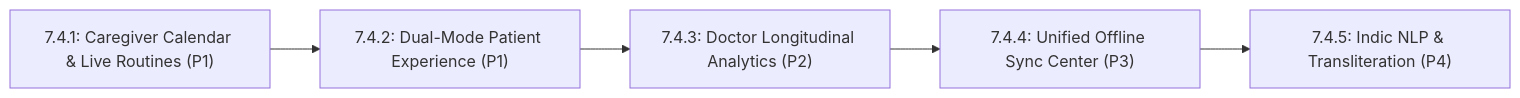
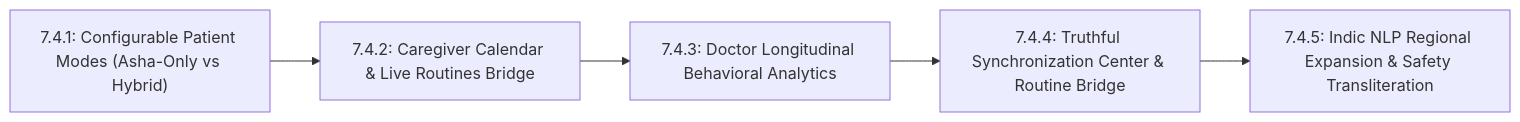
One commit to TrishnaBapna/Saksham changed the diagram in docs/product-vision/MILESTONE_7_4_ROADMAP_AND_IMPLEMENTATION_PLAN.md. Above: the diagram before and after it, drawn with Mermaid. The commit also changed other lines of this file, not shown here.

Commit message:
docs(roadmap): revise milestone 7.4 roadmap with reconciled milestone 6 matrix, two-mode architecture and caregiver dependency validation

````diff
--- a/docs/product-vision/MILESTONE_7_4_ROADMAP_AND_IMPLEMENTATION_PLAN.md
+++ b/docs/product-vision/MILESTONE_7_4_ROADMAP_AND_IMPLEMENTATION_PLAN.md
@@ -345,7 +192,7 @@
 ```mermaid
 graph LR
-    M741["7.4.1: Caregiver Calendar & Live Routines (P1)"] --> M742["7.4.2: Dual-Mode Patient Experience (P1)"]
-    M742 --> M743["7.4.3: Doctor Longitudinal Analytics (P2)"]
-    M743 --> M744["7.4.4: Unified Offline Sync Center (P3)"]
-    M744 --> M745["7.4.5: Indic NLP & Transliteration (P4)"]
+    M741["7.4.1: Configurable Patient Modes (Asha-Only vs Hybrid)"] --> M742["7.4.2: Caregiver Calendar & Live Routines Bridge"]
+    M742 --> M743["7.4.3: Doctor Longitudinal Behavioral Analytics"]
+    M743 --> M744["7.4.4: Truthful Synchronization Center & Routine Bridge"]
+    M744 --> M745["7.4.5: Indic NLP Regional Expansion & Safety Transliteration"]
 ```
````
